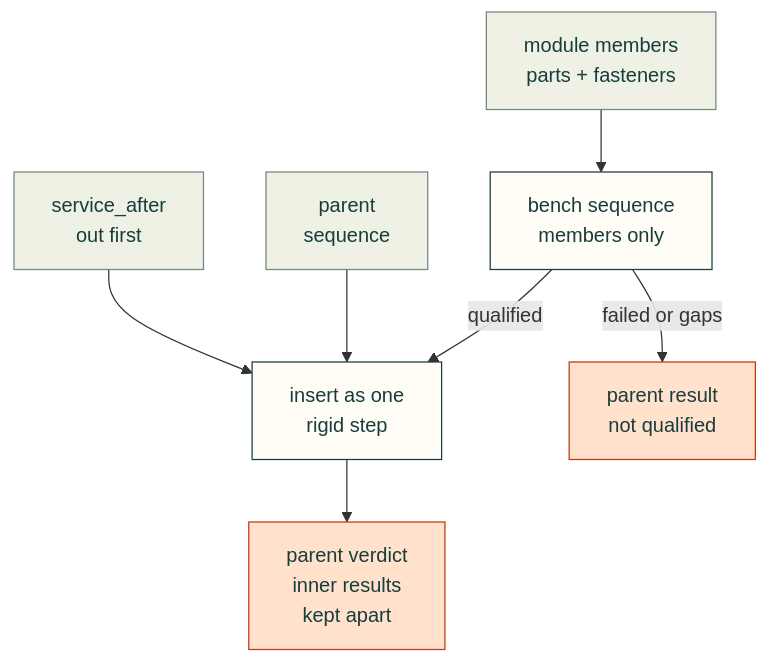
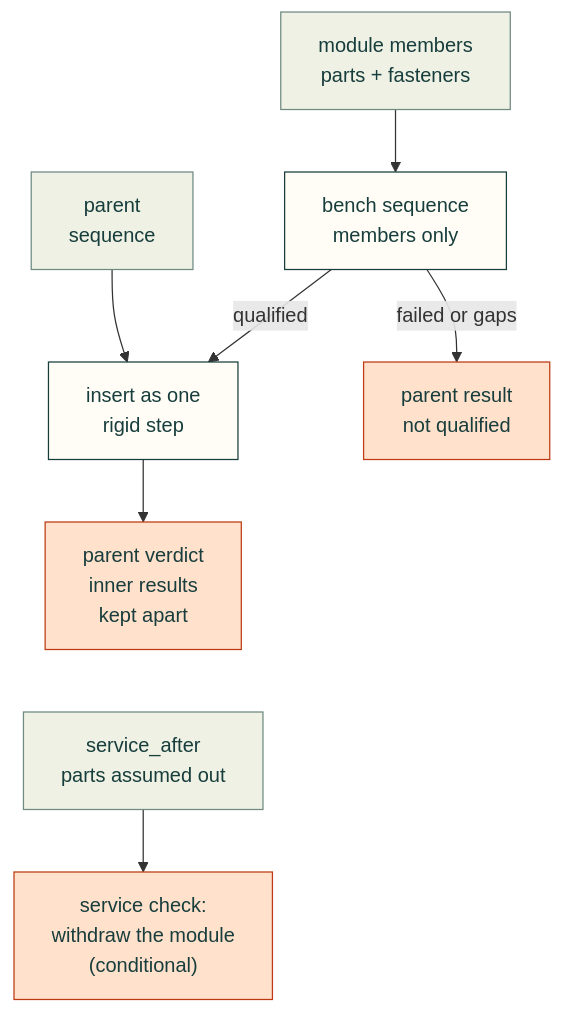
The diagram in docs/subassembly-insertion.md (Valpatel/cad-agent), drawn with Mermaid before and after one commit. The commit also changed 24 other files, not shown here.

````diff
--- a/docs/subassembly-insertion.md
+++ b/docs/subassembly-insertion.md
@@ -5,15 +5,16 @@
 ```mermaid
 flowchart TD
     M["module members<br/>parts + fasteners"] --> Bench["bench sequence<br/>members only"]
     Bench -->|"qualified"| Ins["insert as one<br/>rigid step"]
     Bench -->|"failed or gaps"| X["parent result<br/>not qualified"]
     Par["parent<br/>sequence"] --> Ins
-    Svc["service_after<br/>out first"] --> Ins
     Ins --> Out["parent verdict<br/>inner results<br/>kept apart"]
+    Out ~~~ Svc
+    Svc["service_after<br/>parts assumed out"] --> Wd["service check:<br/>withdraw the module<br/>(conditional)"]
     classDef here fill:#fffdf5,stroke:#173d3c,color:#173d3c
     classDef near fill:#eef1e4,stroke:#6f8a80,color:#173d3c
     classDef out fill:#ffe1cc,stroke:#bd3a12,color:#173d3c
     class Bench,Ins here
     class M,Par,Svc near
-    class X,Out out
+    class X,Out,Wd out
 ```
````
